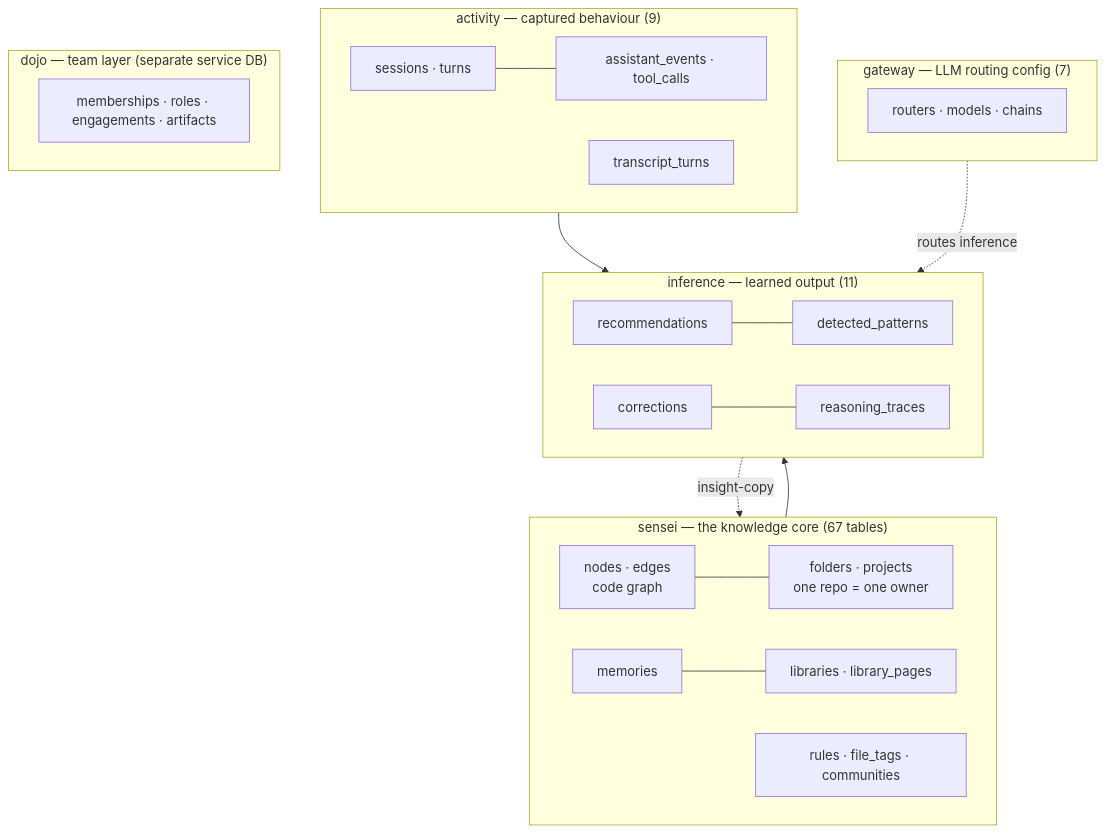
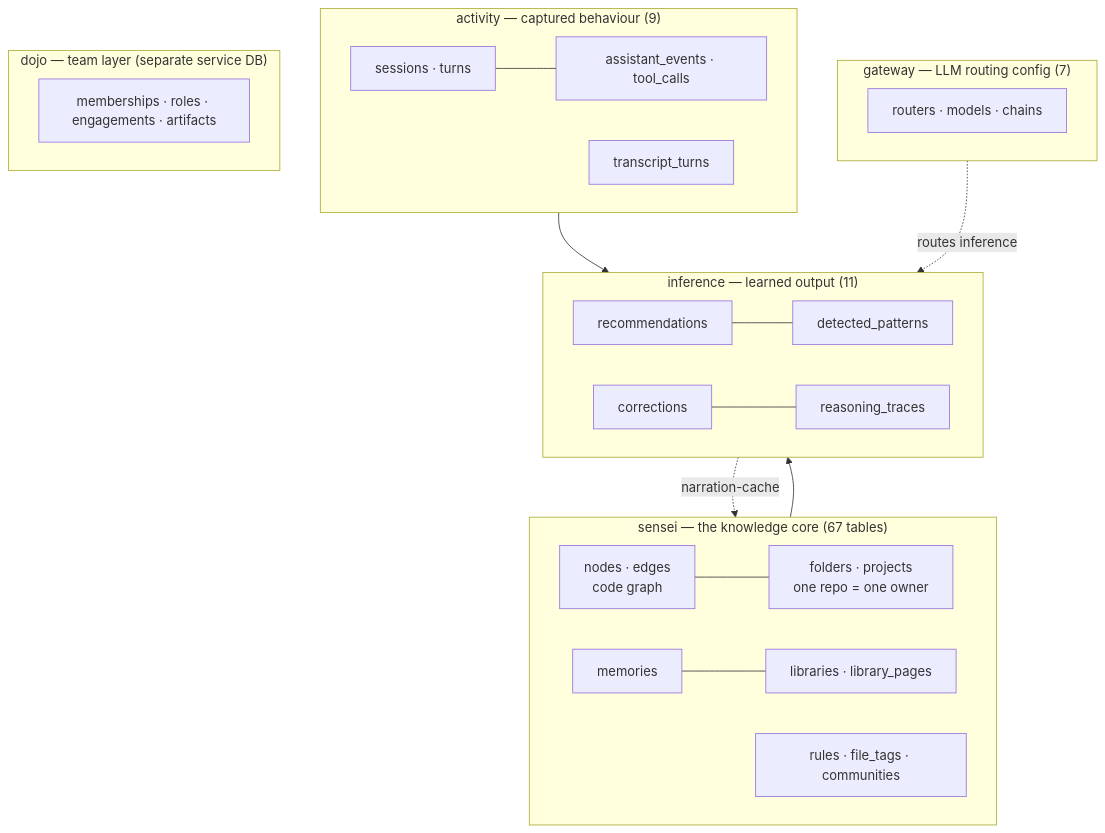
The diagram in docs/architecture/data.md (sensei-hq/sensei), drawn with Mermaid before and after one commit. The commit also changed other lines of this file and 71 other files, not shown here.

````diff
--- a/docs/architecture/data.md
+++ b/docs/architecture/data.md
@@ -17,26 +17,26 @@
 ```mermaid
 flowchart TD
     subgraph sensei["sensei — the knowledge core (67 tables)"]
         N[nodes · edges<br/>code graph] --- F[folders · projects<br/>one repo = one owner]
         M[memories] --- L[libraries · library_pages]
         R[rules · file_tags · communities]
     end
     subgraph activity["activity — captured behaviour (9)"]
         S[sessions · turns] --- E[assistant_events · tool_calls]
         TB[transcript_turns]
     end
     subgraph inference["inference — learned output (11)"]
         REC[recommendations] --- DP[detected_patterns]
         COR[corrections] --- RT[reasoning_traces]
     end
     subgraph gateway["gateway — LLM routing config (7)"]
         RO[routers · models · chains]
     end
     subgraph dojo["dojo — team layer (separate service DB)"]
         MB[memberships · roles · engagements · artifacts]
     end
     activity --> inference
     sensei --> inference
-    inference -.->|insight-copy| sensei
+    inference -.->|narration-cache| sensei
     gateway -.->|routes inference| inference
 ```
````
